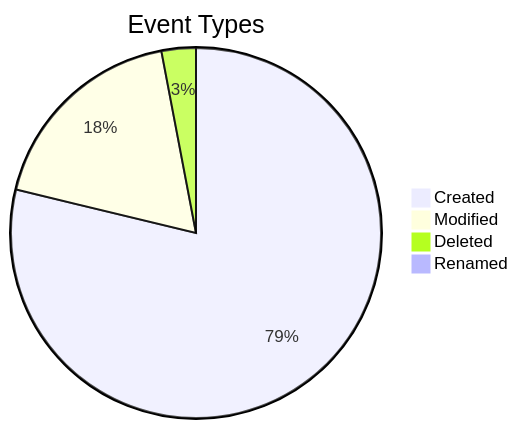
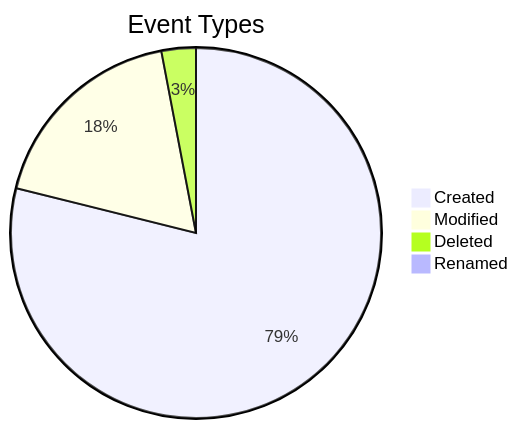
The diagram in OBSERVATORIES/Activity Observatory.md (aetrigg/obsidian-universe-public), drawn with Mermaid before and after one commit. The commit also changed other lines of this file and 1 other file, not shown here.

````diff
--- a/OBSERVATORIES/Activity Observatory.md
+++ b/OBSERVATORIES/Activity Observatory.md
@@ -32,8 +32,8 @@
 ```mermaid
 pie
     title Event Types
     "Created" : 22223
-    "Modified" : 5141
+    "Modified" : 5100
     "Deleted" : 845
     "Renamed" : 81
 ```
````
